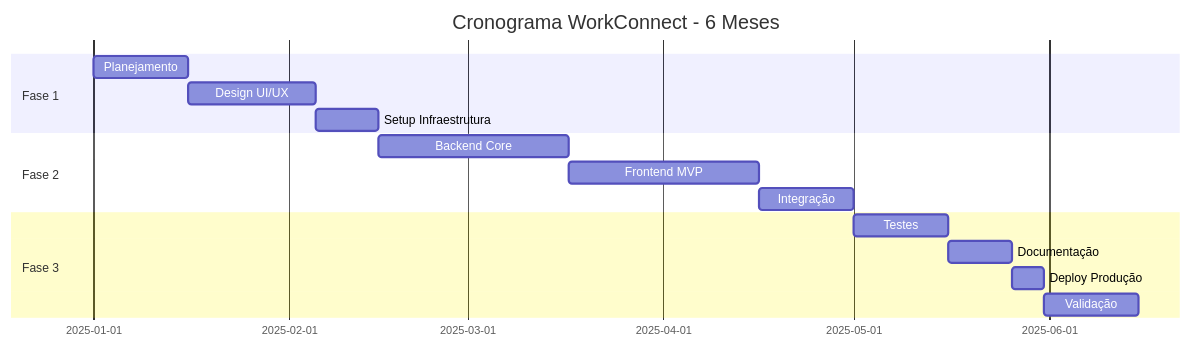
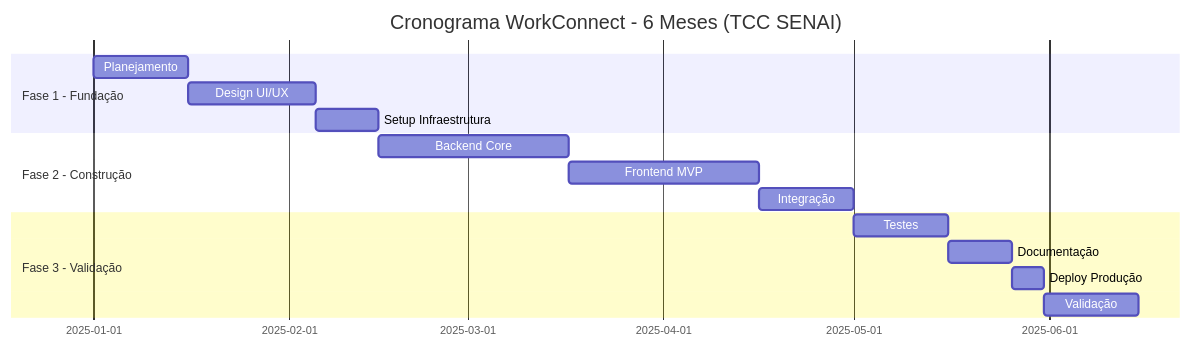
One commit to matheusmendes720/workconnect-tcc changed the seventh of 11 diagrams in documentation/docs/estrategia/project-model-canvas.mdx. Above: the diagram before and after it, drawn with Mermaid. The commit also changed other lines of this file and 16 other files, not shown here.

````diff
--- a/documentation/docs/estrategia/project-model-canvas.mdx
+++ b/documentation/docs/estrategia/project-model-canvas.mdx
@@ -269,21 +255,21 @@
 ```mermaid
 gantt
-    title Cronograma WorkConnect - 6 Meses
+    title Cronograma WorkConnect - 6 Meses (TCC SENAI)
     dateFormat  YYYY-MM-DD
-    
-    section Fase 1
+
+    section Fase 1 - Fundação
     Planejamento           :p1, 2025-01-01, 15d
     Design UI/UX          :p2, after p1, 20d
     Setup Infraestrutura  :p3, after p2, 10d
-    
-    section Fase 2
+
+    section Fase 2 - Construção
     Backend Core          :p4, after p3, 30d
     Frontend MVP          :p5, after p4, 30d
     Integração            :p6, after p5, 15d
-    
-    section Fase 3
+
+    section Fase 3 - Validação
     Testes                :p7, after p6, 15d
     Documentação          :p8, after p7, 10d
     Deploy Produção       :p9, after p8, 5d
     Validação             :p10, after p9, 15d
 ```
````
